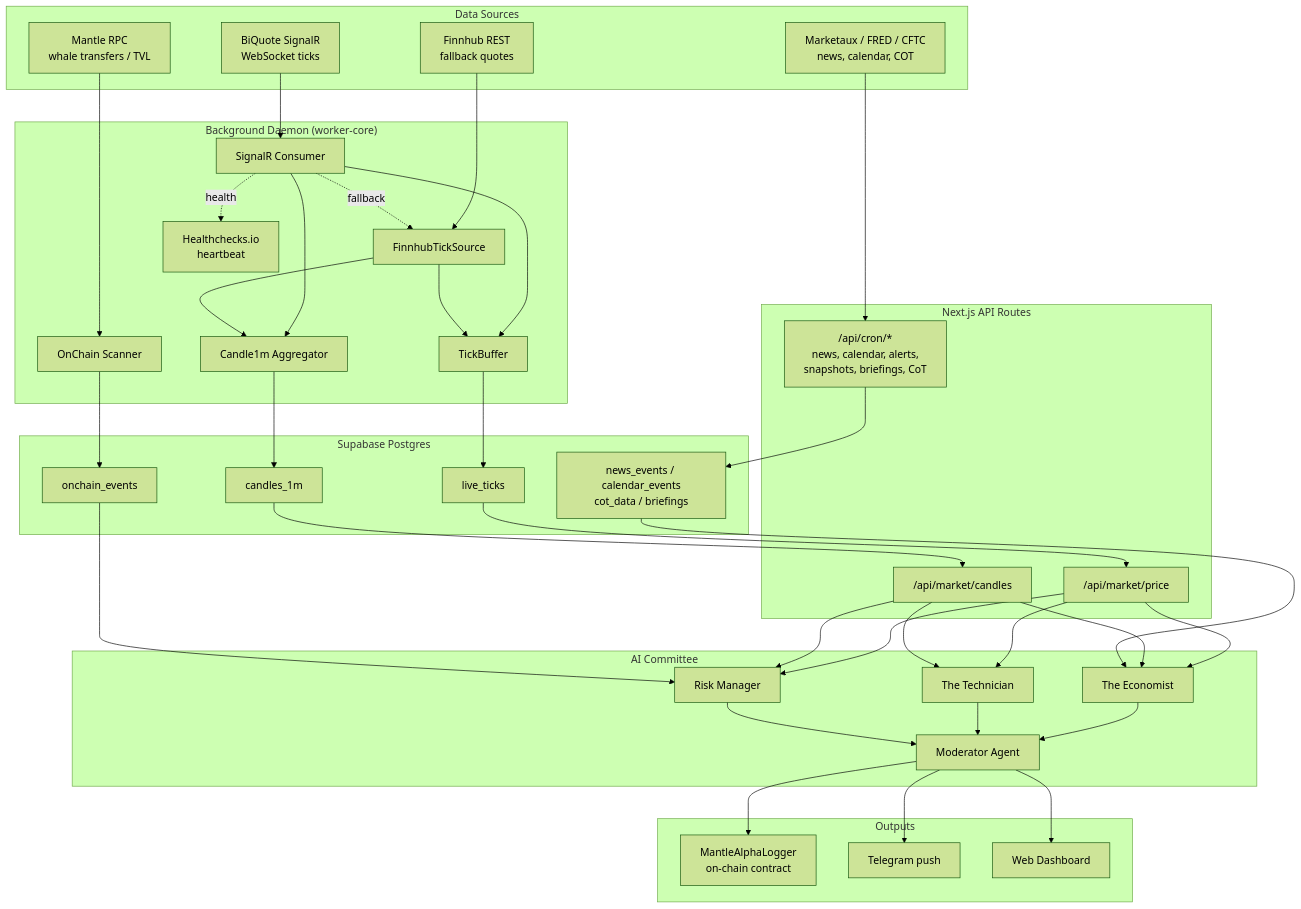
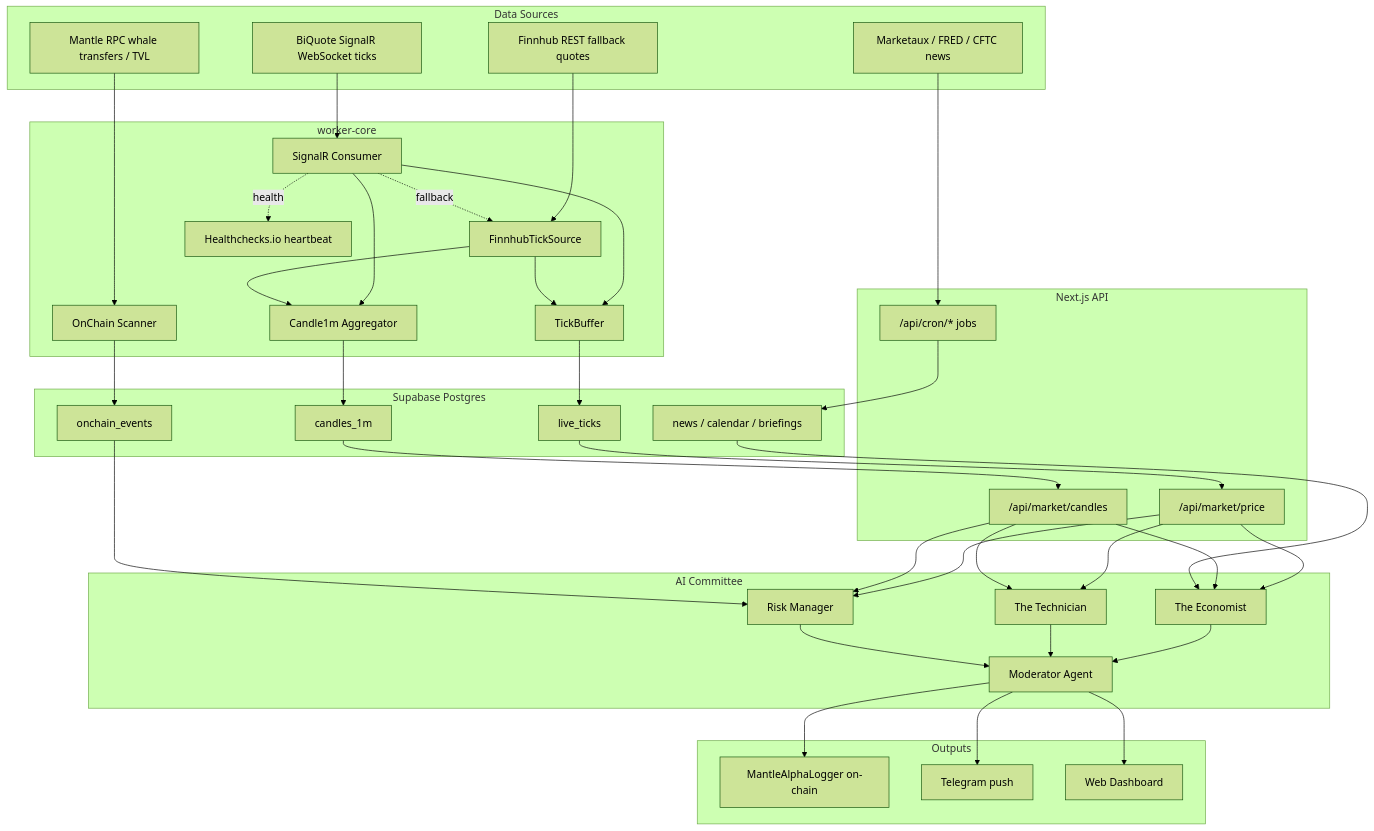
One commit to HamaFx/HamaFX-Mantle-Hackathon changed the diagram in README.md. Above: the diagram before and after it, drawn with Mermaid (forest theme).

Commit message:
fix: use compatible Mermaid syntax for GitHub rendering

````diff
--- a/README.md
+++ b/README.md
@@ -54,81 +54,81 @@
 ```mermaid
-flowchart TB
-  subgraph Sources["Data Sources"]
-    BIQ["BiQuote SignalR<br/>WebSocket ticks"]
-    FINN["Finnhub REST<br/>fallback quotes"]
-    MNT["Mantle RPC<br/>whale transfers / TVL"]
-    NEWS["Marketaux / FRED / CFTC<br/>news, calendar, COT"]
+graph TB
+  subgraph Data Sources
+    BIQ["BiQuote SignalR WebSocket ticks"]
+    FINN["Finnhub REST fallback quotes"]
+    MNT["Mantle RPC whale transfers / TVL"]
+    NEWS["Marketaux / FRED / CFTC news"]
   end
 
-  subgraph Daemon["Background Daemon (worker-core)"]
+  subgraph worker-core
     SR["SignalR Consumer"]
     FH["FinnhubTickSource"]
     OC["OnChain Scanner"]
     CB["Candle1m Aggregator"]
     TB["TickBuffer"]
-    HP["Healthchecks.io<br/>heartbeat"]
+    HP["Healthchecks.io heartbeat"]
   end
 
-  subgraph Storage["Supabase Postgres"]
+  subgraph Supabase Postgres
     LT["live_ticks"]
     C1["candles_1m"]
     OE["onchain_events"]
-    NE["news_events / calendar_events<br/>cot_data / briefings"]
+    NE["news / calendar / briefings"]
   end
 
-  subgraph API["Next.js API Routes"]
-    CR["/api/cron/*<br/>news, calendar, alerts,<br/>snapshots, briefings, CoT"]
+  subgraph Next.js API
+    CR["/api/cron/* jobs"]
     MP["/api/market/price"]
     MC["/api/market/candles"]
   end
 
-  subgraph AI["AI Committee"]
+  subgraph AI Committee
     EC["The Economist"]
     TC["The Technician"]
     RM["Risk Manager"]
     MD["Moderator Agent"]
   end
 
-  subgraph Output["Outputs"]
-    SC["MantleAlphaLogger<br/>on-chain contract"]
+  subgraph Outputs
+    SC["MantleAlphaLogger on-chain"]
     TG["Telegram push"]
     UI["Web Dashboard"]
   end
 
   BIQ --> SR
   FINN --> FH
   MNT --> OC
   NEWS --> CR
 
   SR --> TB
   SR --> CB
   FH --> TB
   FH --> CB
   TB --> LT
   CB --> C1
   OC --> OE
   CR --> NE
 
   LT --> MP
   C1 --> MC
 
   MP --> EC
   MP --> TC
   MP --> RM
   MC --> EC
   MC --> TC
   MC --> RM
   OE --> RM
   NE --> EC
 
   EC --> MD
   TC --> MD
   RM --> MD
 
   MD --> SC
   MD --> TG
   MD --> UI
 
   SR -.->|fallback| FH
   SR -.->|health| HP
 ```
````
